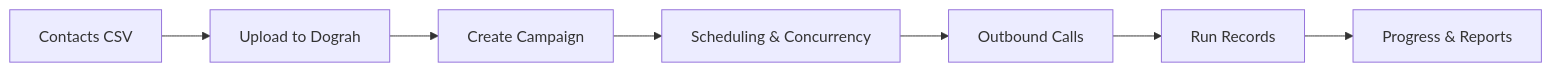
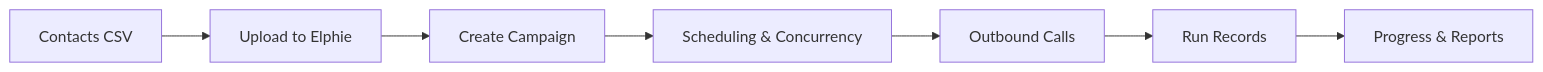
One commit to theshreyanshsingh/Elphie changed the diagram in docs/core-concepts/campaigns.mdx. Above: the diagram before and after it, drawn with Mermaid. The commit also changed other lines of this file and 429 other files, not shown here.

````diff
--- a/docs/core-concepts/campaigns.mdx
+++ b/docs/core-concepts/campaigns.mdx
@@ -11,9 +11,9 @@
 ```mermaid
 flowchart LR
-    CSV[Contacts CSV] --> Upload[Upload to Dograh]
+    CSV[Contacts CSV] --> Upload[Upload to Elphie]
     Upload --> Campaign[Create Campaign]
     Campaign --> Schedule[Scheduling & Concurrency]
     Schedule --> Calls[Outbound Calls]
     Calls --> Runs[Run Records]
     Runs --> Results[Progress & Reports]
 ```
````
